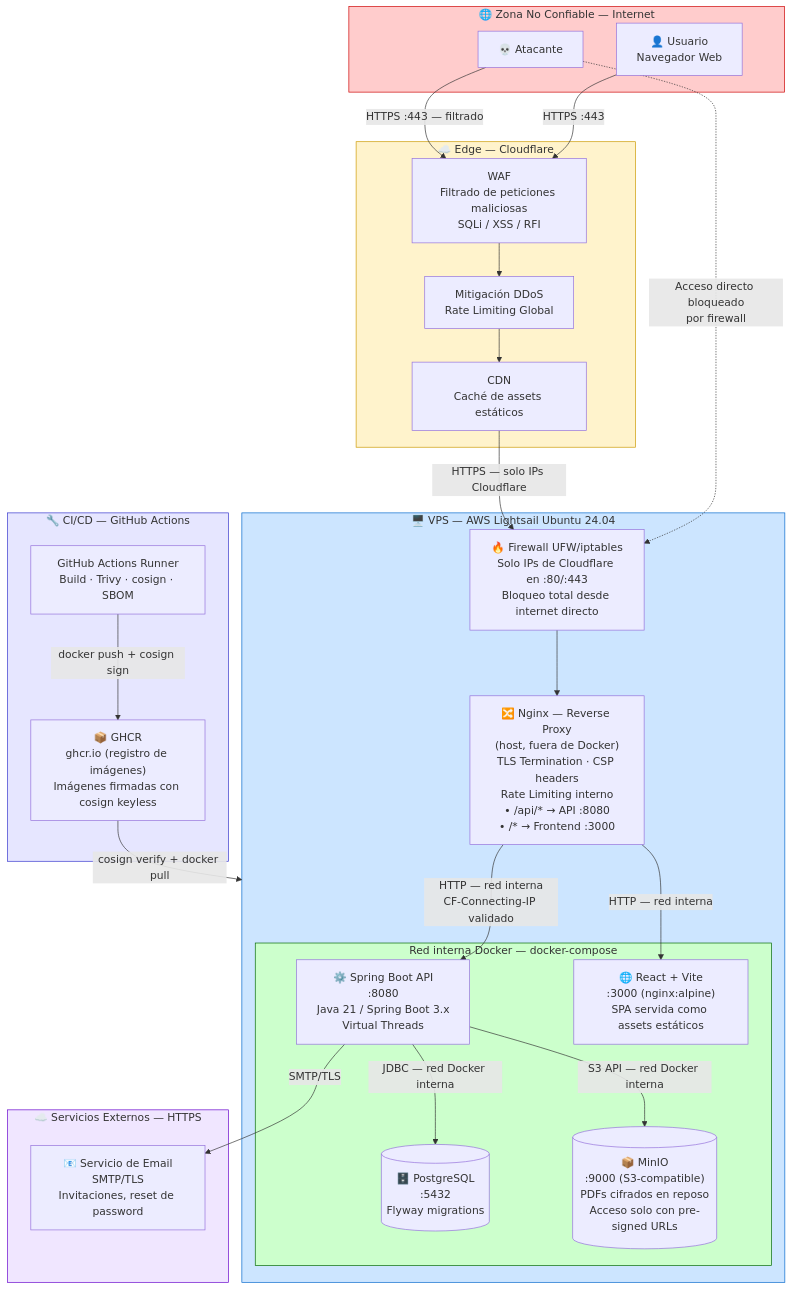
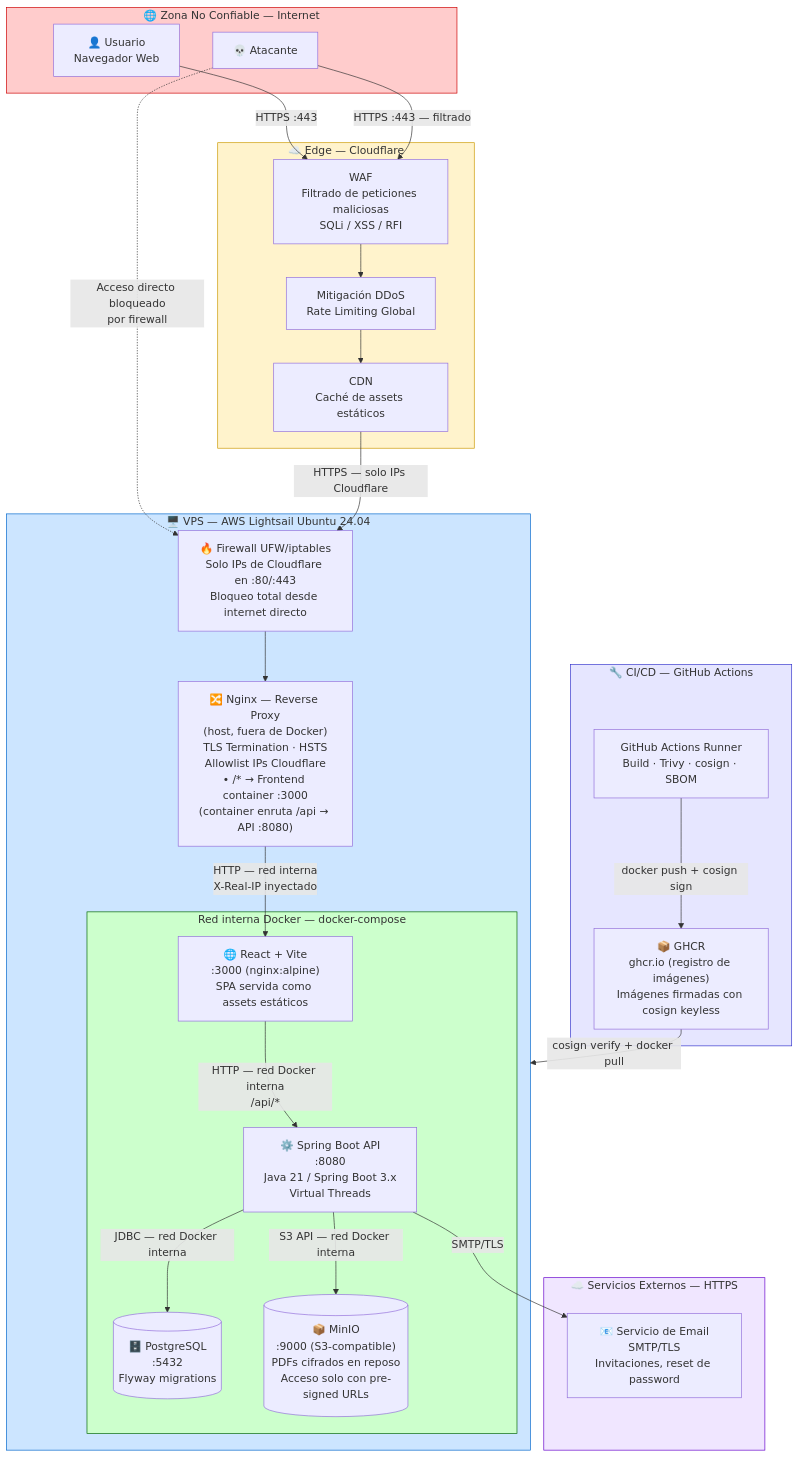
One commit to ovo86da/sadday-app changed the first of 3 diagrams in docs/security/diagramas/01_arquitectura.md. Above: the diagram before and after it, drawn with Mermaid. The commit also changed 3 other files, not shown here.

Commit message:
docs(diagramas): corregir 4 errores factuales en diagramas y arquitectura general

````diff
--- a/docs/security/diagramas/01_arquitectura.md
+++ b/docs/security/diagramas/01_arquitectura.md
@@ -5,59 +5,59 @@
 ```mermaid
 flowchart TD
     subgraph INTERNET["🌐 Zona No Confiable — Internet"]
         USER["👤 Usuario\nNavegador Web"]
         ATTACKER["💀 Atacante"]
     end
 
     subgraph EDGE["☁️ Edge — Cloudflare"]
         CF_WAF["WAF\nFiltrado de peticiones maliciosas\nSQLi / XSS / RFI"]
         CF_DDOS["Mitigación DDoS\nRate Limiting Global"]
         CF_CDN["CDN\nCaché de assets estáticos"]
     end
 
     subgraph VPS["🖥️ VPS — AWS Lightsail Ubuntu 24.04"]
         FW["🔥 Firewall UFW/iptables\nSolo IPs de Cloudflare en :80/:443\nBloqueo total desde internet directo"]
 
-        NGINX["🔀 Nginx — Reverse Proxy\n(host, fuera de Docker)\nTLS Termination · CSP headers\nRate Limiting interno\n• /api/* → API :8080\n• /* → Frontend :3000"]
+        NGINX["🔀 Nginx — Reverse Proxy\n(host, fuera de Docker)\nTLS Termination · HSTS\nAllowlist IPs Cloudflare\n• /* → Frontend container :3000\n(container enruta /api → API :8080)"]
 
         subgraph DOCKER["Red interna Docker — docker-compose"]
             API["⚙️ Spring Boot API\n:8080\nJava 21 / Spring Boot 3.x\nVirtual Threads"]
             FRONTEND["🌐 React + Vite\n:3000 (nginx:alpine)\nSPA servida como assets estáticos"]
             PG[("🗄️ PostgreSQL\n:5432\nFlyway migrations")]
             MINIO[("📦 MinIO\n:9000 (S3-compatible)\nPDFs cifrados en reposo\nAcceso solo con pre-signed URLs")]
         end
     end
 
     subgraph CICD["🔧 CI/CD — GitHub Actions"]
         GHA["GitHub Actions Runner\nBuild · Trivy · cosign · SBOM"]
         GHCR["📦 GHCR\nghcr.io (registro de imágenes)\nImágenes firmadas con cosign keyless"]
     end
 
     subgraph EXTERNAL["☁️ Servicios Externos — HTTPS"]
         EMAIL["📧 Servicio de Email\nSMTP/TLS\nInvitaciones, reset de password"]
     end
 
     USER -->|"HTTPS :443"| CF_WAF
     ATTACKER -->|"HTTPS :443 — filtrado"| CF_WAF
     ATTACKER -. "Acceso directo bloqueado\npor firewall" .-> FW
 
     CF_WAF --> CF_DDOS
     CF_DDOS --> CF_CDN
     CF_CDN -->|"HTTPS — solo IPs Cloudflare"| FW
     FW --> NGINX
-    NGINX -->|"HTTP — red interna\nCF-Connecting-IP validado"| API
-    NGINX -->|"HTTP — red interna"| FRONTEND
+    NGINX -->|"HTTP — red interna\nX-Real-IP inyectado"| FRONTEND
+    FRONTEND -->|"HTTP — red Docker interna\n/api/*"| API
     API -->|"JDBC — red Docker interna"| PG
     API -->|"S3 API — red Docker interna"| MINIO
     API -->|"SMTP/TLS"| EMAIL
 
     GHA -->|"docker push + cosign sign"| GHCR
     GHCR -->|"cosign verify + docker pull"| VPS
 
     style INTERNET fill:#ffcccc,stroke:#cc0000
     style EDGE fill:#fff3cc,stroke:#cc9900
     style VPS fill:#cce5ff,stroke:#0066cc
     style DOCKER fill:#ccffcc,stroke:#006600
     style CICD fill:#e6e6ff,stroke:#3333cc
     style EXTERNAL fill:#f0e6ff,stroke:#6600cc
 ```
````
